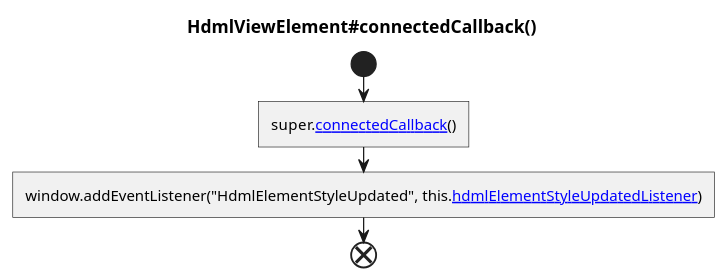
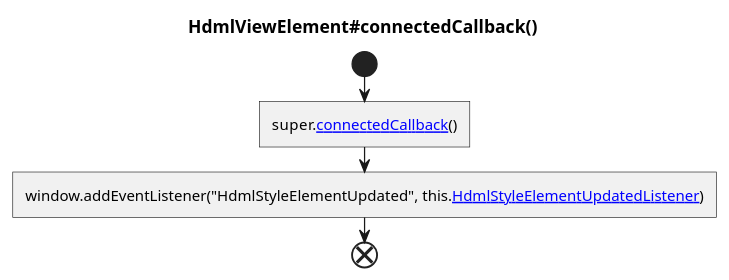
Diagram 22 of 32 in puml/renderer.puml (hdml-github/hdml-github.github.io), drawn with PlantUML before and after one commit. The commit also changed other lines of this file and 8 other files, not shown here.

```diff
--- a/puml/renderer.puml
+++ b/puml/renderer.puml
@@ -540,8 +605,8 @@
 @startuml HdmlViewElement_connectedCallback
   title HdmlViewElement#connectedCallback()
 
   start
     :super.[[./AbstractStyleElement_connectedCallback.svg connectedCallback]]()]
-    :window.addEventListener("HdmlElementStyleUpdated", this.[[./HdmlViewElement_hdmlElementStyleUpdatedListener.svg hdmlElementStyleUpdatedListener]])]
+    :window.addEventListener("HdmlStyleElementUpdated", this.[[./HdmlViewElement_HdmlStyleElementUpdatedListener.svg HdmlStyleElementUpdatedListener]])]
   end
 @enduml
```
